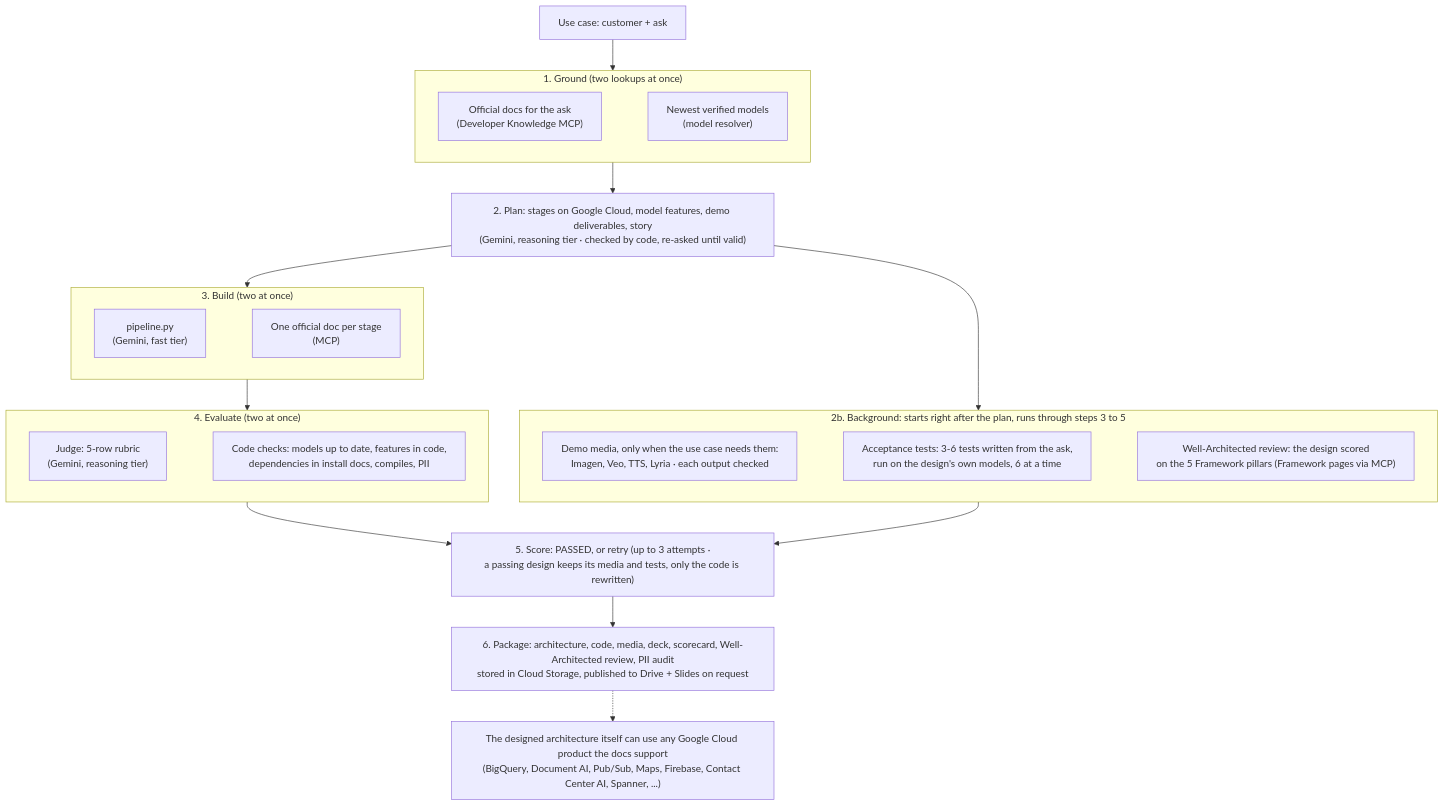
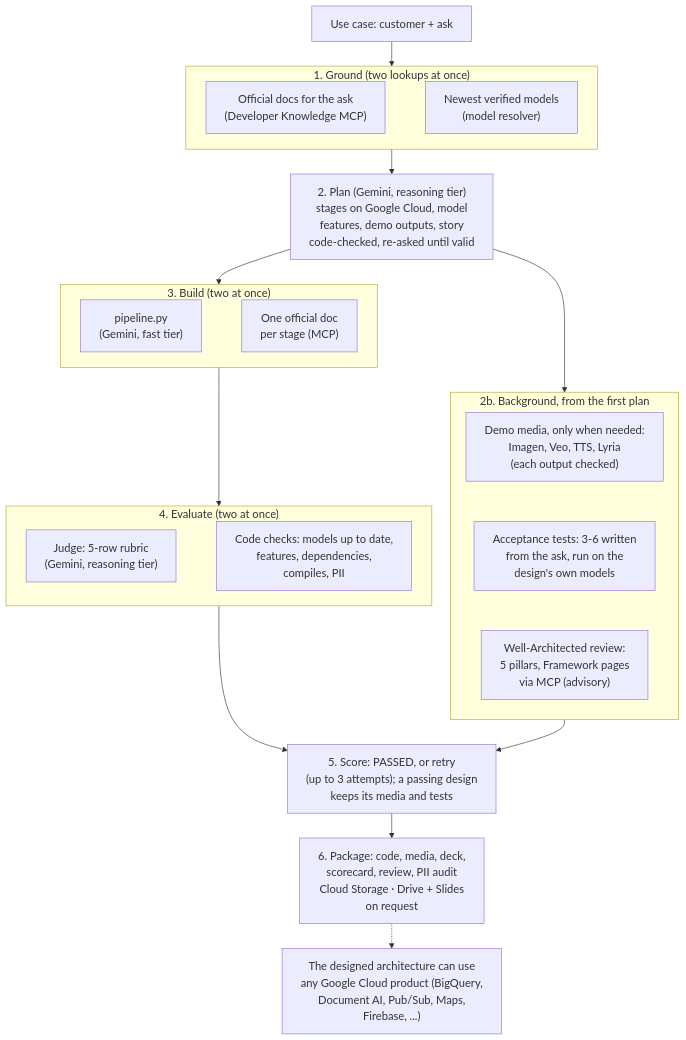
One commit to LUJ20/eliminating-custom-demo-toil-with-google-mcp changed the first of 2 diagrams in README.md. Above: the diagram before and after it, drawn with Mermaid. The commit also changed other lines of this file, not shown here.

Commit message:
README: both diagrams in two columns with larger text (readable on GitHub)

````diff
--- a/README.md
+++ b/README.md
@@ -42,29 +42,29 @@
 ```mermaid
-%%{init: {"flowchart": {"wrappingWidth": 460}}}%%
+%%{init: {"themeVariables": {"fontSize": "18px"}, "flowchart": {"wrappingWidth": 300, "nodeSpacing": 30, "rankSpacing": 40}}}%%
 flowchart TB
+    U["Use case: customer + ask"] --> G
     subgraph G ["1. Ground (two lookups at once)"]
         direction LR
         G1["Official docs for the ask<br/>(Developer Knowledge MCP)"] ~~~ G2["Newest verified models<br/>(model resolver)"]
     end
-    subgraph BG ["2b. Background: starts right after the plan, runs through steps 3 to 5"]
-        direction LR
-        M["Demo media, only when the use case needs them:<br/>Imagen, Veo, TTS, Lyria · each output checked"] ~~~ T["Acceptance tests: 3-6 tests written from the ask,<br/>run on the design's own models, 6 at a time"] ~~~ W["Well-Architected review: the design scored<br/>on the 5 Framework pillars (Framework pages via MCP)"]
+    G --> PL["2. Plan (Gemini, reasoning tier)<br/>stages on Google Cloud, model<br/>features, demo outputs, story<br/>code-checked, re-asked until valid"]
+    PL --> BG
+    PL --> CC
+    subgraph BG ["2b. Background, from the first plan"]
+        direction TB
+        M["Demo media, only when needed:<br/>Imagen, Veo, TTS, Lyria<br/>(each output checked)"] ~~~ T["Acceptance tests: 3-6 written<br/>from the ask, run on the<br/>design's own models"] ~~~ W["Well-Architected review:<br/>5 pillars, Framework pages<br/>via MCP (advisory)"]
     end
     subgraph CC ["3. Build (two at once)"]
         direction LR
-        C["pipeline.py<br/>(Gemini, fast tier)"] ~~~ CI["One official doc per stage<br/>(MCP)"]
+        C["pipeline.py<br/>(Gemini, fast tier)"] ~~~ CI["One official doc<br/>per stage (MCP)"]
     end
     subgraph JJ ["4. Evaluate (two at once)"]
         direction LR
-        J["Judge: 5-row rubric<br/>(Gemini, reasoning tier)"] ~~~ K["Code checks: models up to date, features in code,<br/>dependencies in install docs, compiles, PII"]
+        J["Judge: 5-row rubric<br/>(Gemini, reasoning tier)"] ~~~ K["Code checks: models up to date,<br/>features, dependencies,<br/>compiles, PII"]
     end
-    U["Use case: customer + ask"] --> G
-    G --> PL["2. Plan: stages on Google Cloud, model features, demo deliverables, story<br/>(Gemini, reasoning tier · checked by code, re-asked until valid)"]
-    PL --> BG
-    PL --> CC
     CC --> JJ
-    JJ --> S["5. Score: PASSED, or retry (up to 3 attempts ·<br/>a passing design keeps its media and tests, only the code is rewritten)"]
+    JJ --> S["5. Score: PASSED, or retry<br/>(up to 3 attempts); a passing design<br/>keeps its media and tests"]
     BG --> S
-    S --> P["6. Package: architecture, code, media, deck, scorecard, Well-Architected review, PII audit<br/>stored in Cloud Storage, published to Drive + Slides on request"]
-    P -.-> A["The designed architecture itself can use any Google Cloud product the docs support<br/>(BigQuery, Document AI, Pub/Sub, Maps, Firebase, Contact Center AI, Spanner, ...)"]
+    S --> P["6. Package: code, media, deck,<br/>scorecard, review, PII audit<br/>Cloud Storage · Drive + Slides<br/>on request"]
+    P -.-> A["The designed architecture can use<br/>any Google Cloud product (BigQuery,<br/>Document AI, Pub/Sub, Maps,<br/>Firebase, ...)"]
 ```
````
